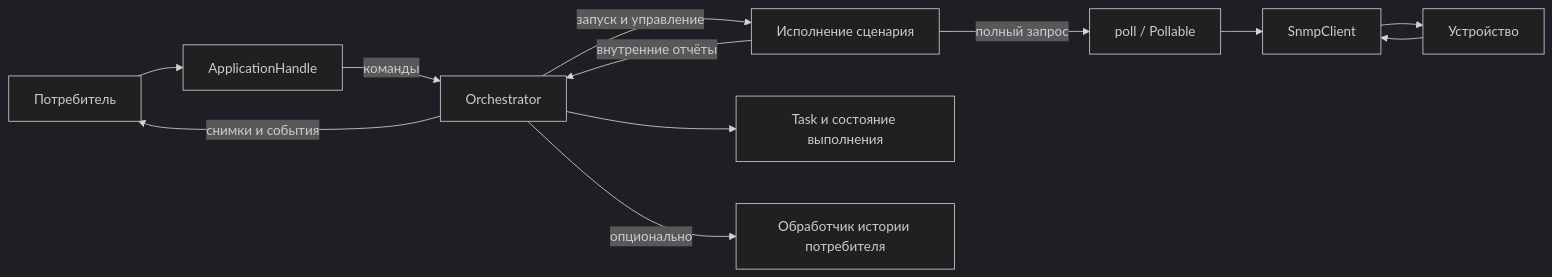
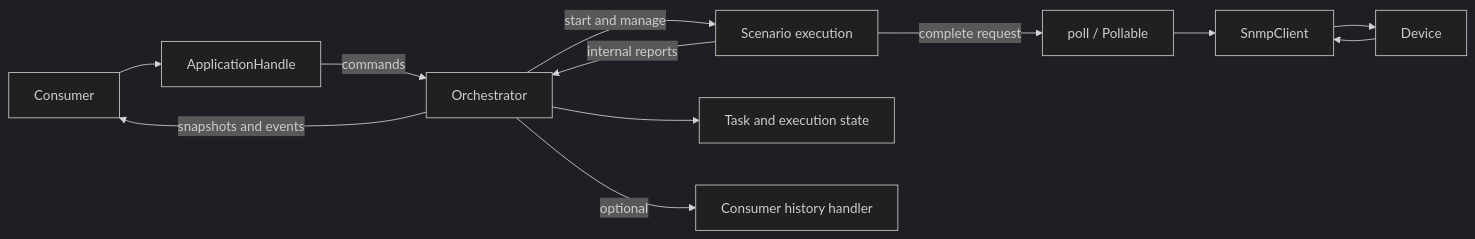
Before and after one commit to unnmd88/traffic-engineer-tools: the diagram in ARCHITECTURE.md, drawn with Mermaid (dark theme). The commit also changed other lines of this file and 1 other file, not shown here.

Commit message:
docs: translate ARCHITECTURE.md to English and remove stale docs/ duplicate

````diff
--- a/ARCHITECTURE.md
+++ b/ARCHITECTURE.md
@@ -72,14 +71,14 @@
 ```mermaid
 flowchart LR
-    Consumer[Потребитель] --> Handle[ApplicationHandle]
-    Handle -->|команды| Orchestrator[Orchestrator]
-    Orchestrator -->|запуск и управление| Scenario[Исполнение сценария]
-    Scenario -->|полный запрос| Poll[poll / Pollable]
+    Consumer[Consumer] --> Handle[ApplicationHandle]
+    Handle -->|commands| Orchestrator[Orchestrator]
+    Orchestrator -->|start and manage| Scenario[Scenario execution]
+    Scenario -->|complete request| Poll[poll / Pollable]
     Poll --> Client[SnmpClient]
-    Client --> Device[Устройство]
+    Client --> Device[Device]
     Device --> Client
-    Scenario -->|внутренние отчёты| Orchestrator
-    Orchestrator --> State[Task и состояние выполнения]
-    Orchestrator -->|снимки и события| Consumer
-    Orchestrator -->|опционально| History[Обработчик истории потребителя]
+    Scenario -->|internal reports| Orchestrator
+    Orchestrator --> State[Task and execution state]
+    Orchestrator -->|snapshots and events| Consumer
+    Orchestrator -->|optional| History[Consumer history handler]
 ```
````
